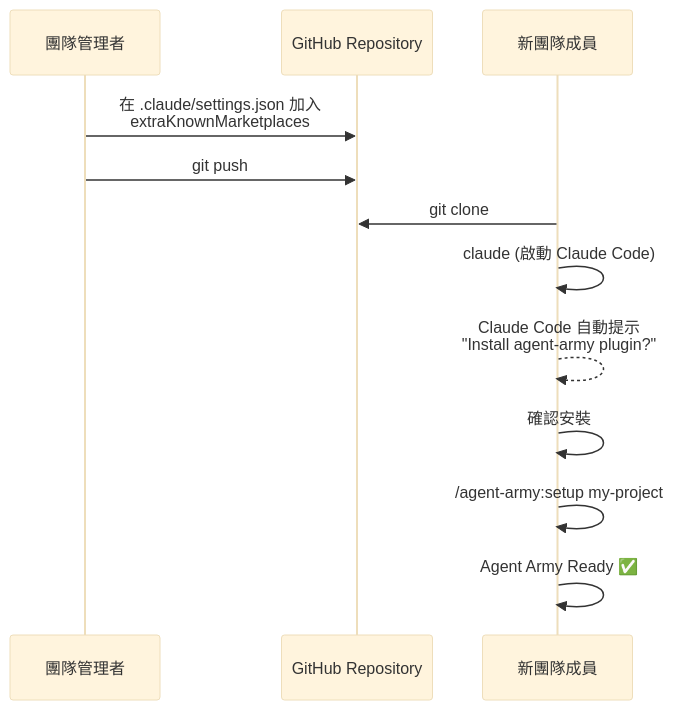
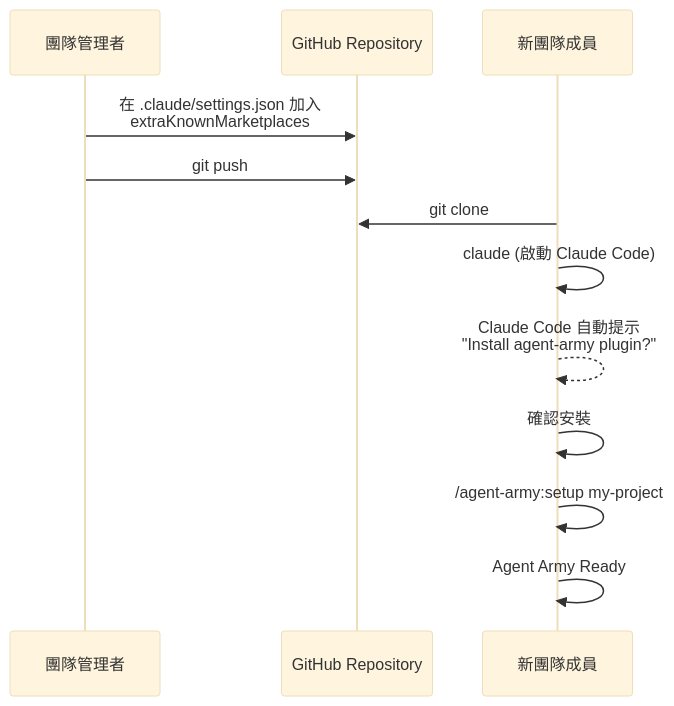
Diagram 18 of 18 in docs/AGENT-ARMY-DESIGN.md (Muheng1992/symbiotic-engineering), drawn with Mermaid (base theme) before and after one commit. The commit also changed other lines of this file and 46 other files, not shown here.

First line of the commit message:
feat: Streamline Agent Army from 10 to 5 agents (v2.0)

````diff
--- a/docs/AGENT-ARMY-DESIGN.md
+++ b/docs/AGENT-ARMY-DESIGN.md
@@ -1085,16 +984,16 @@
 ```mermaid
 sequenceDiagram
     participant Admin as 團隊管理者
     participant Repo as GitHub Repository
     participant Dev as 新團隊成員
 
     Admin->>Repo: 在 .claude/settings.json 加入<br/>extraKnownMarketplaces
     Admin->>Repo: git push
 
     Dev->>Repo: git clone
     Dev->>Dev: claude (啟動 Claude Code)
     Dev-->>Dev: Claude Code 自動提示<br/>"Install agent-army plugin?"
     Dev->>Dev: 確認安裝
     Dev->>Dev: /agent-army:setup my-project
-    Dev->>Dev: Agent Army Ready ✅
+    Dev->>Dev: Agent Army Ready
 ```
````
